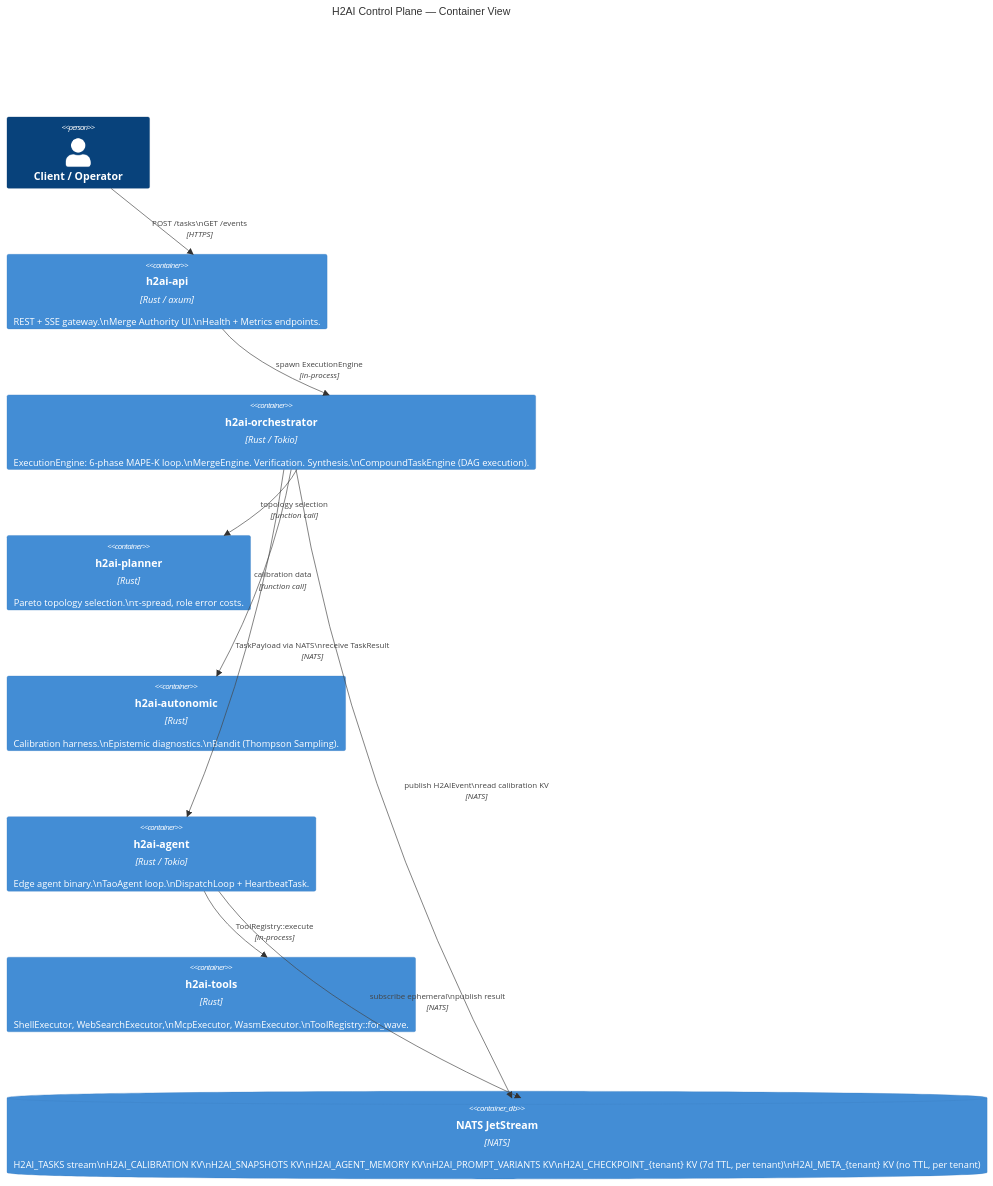
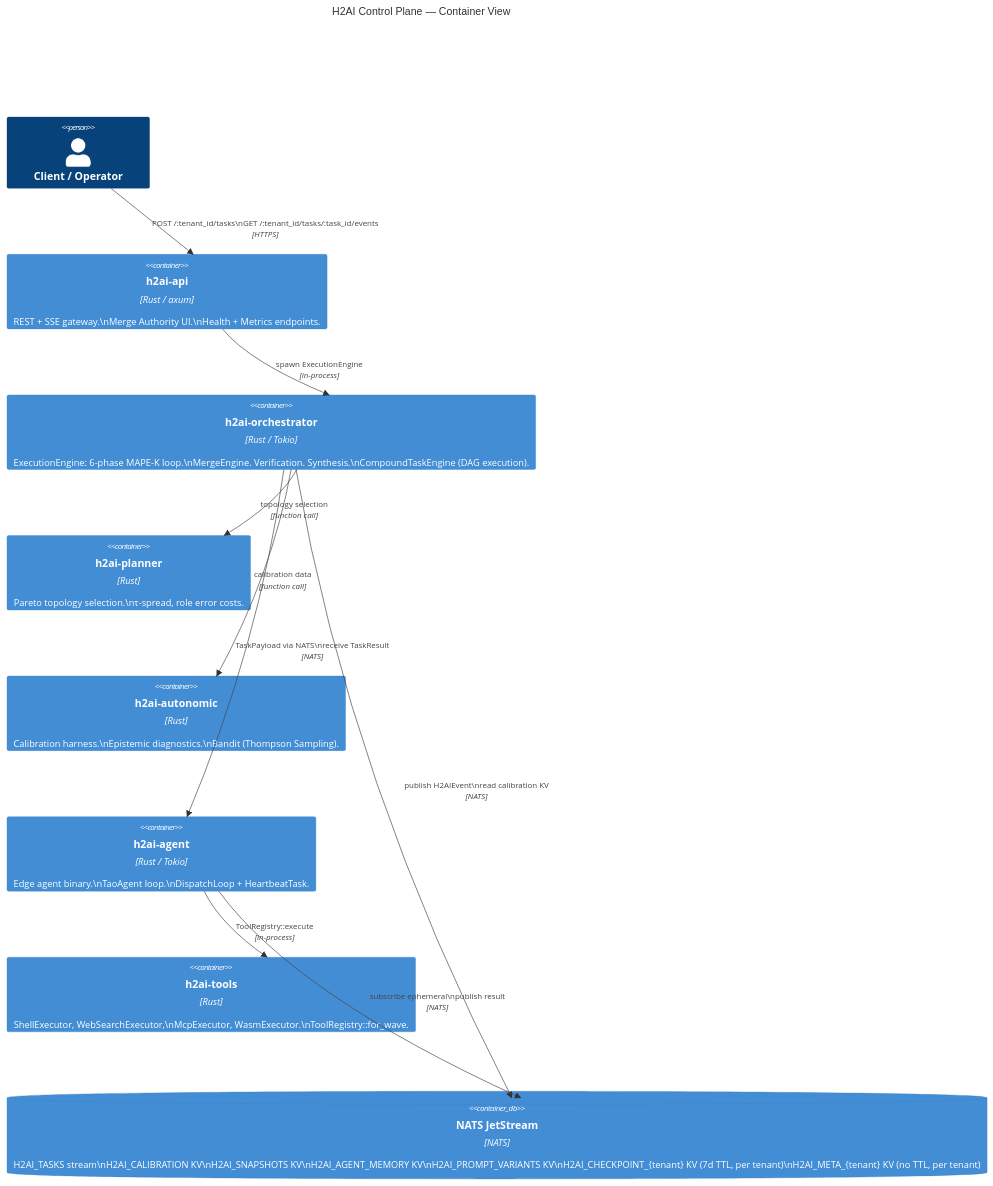
The second of 19 diagrams in docs/architecture/architecture.md (immediatus/h2ai-control-plane), drawn with Mermaid before and after one commit. The commit also changed other lines of this file and 120 other files, not shown here.

````diff
--- a/docs/architecture/architecture.md
+++ b/docs/architecture/architecture.md
@@ -76,23 +76,23 @@
 ```mermaid
 C4Container
     title H2AI Control Plane — Container View
 
     Person(client, "Client / Operator")
 
     Container(api, "h2ai-api", "Rust / axum", "REST + SSE gateway.\nMerge Authority UI.\nHealth + Metrics endpoints.")
     Container(orchestrator, "h2ai-orchestrator", "Rust / Tokio", "ExecutionEngine: 6-phase MAPE-K loop.\nMergeEngine. Verification. Synthesis.\nCompoundTaskEngine (DAG execution).")
     Container(planner, "h2ai-planner", "Rust", "Pareto topology selection.\nτ-spread, role error costs.")
     Container(autonomic, "h2ai-autonomic", "Rust", "Calibration harness.\nEpistemic diagnostics.\nBandit (Thompson Sampling).")
     Container(agent, "h2ai-agent", "Rust / Tokio", "Edge agent binary.\nTaoAgent loop.\nDispatchLoop + HeartbeatTask.")
     Container(tools, "h2ai-tools", "Rust", "ShellExecutor, WebSearchExecutor,\nMcpExecutor, WasmExecutor.\nToolRegistry::for_wave.")
     ContainerDb(nats_db, "NATS JetStream", "NATS", "H2AI_TASKS stream\nH2AI_CALIBRATION KV\nH2AI_SNAPSHOTS KV\nH2AI_AGENT_MEMORY KV\nH2AI_PROMPT_VARIANTS KV\nH2AI_CHECKPOINT_{tenant} KV (7d TTL, per tenant)\nH2AI_META_{tenant} KV (no TTL, per tenant)")
 
-    Rel(client, api, "POST /tasks\nGET /events", "HTTPS")
+    Rel(client, api, "POST /:tenant_id/tasks\nGET /:tenant_id/tasks/:task_id/events", "HTTPS")
     Rel(api, orchestrator, "spawn ExecutionEngine", "in-process")
     Rel(orchestrator, planner, "topology selection", "function call")
     Rel(orchestrator, autonomic, "calibration data", "function call")
     Rel(orchestrator, nats_db, "publish H2AIEvent\nread calibration KV", "NATS")
     Rel(orchestrator, agent, "TaskPayload via NATS\nreceive TaskResult", "NATS")
     Rel(agent, tools, "ToolRegistry::execute", "in-process")
     Rel(agent, nats_db, "subscribe ephemeral\npublish result", "NATS")
 ```
````
